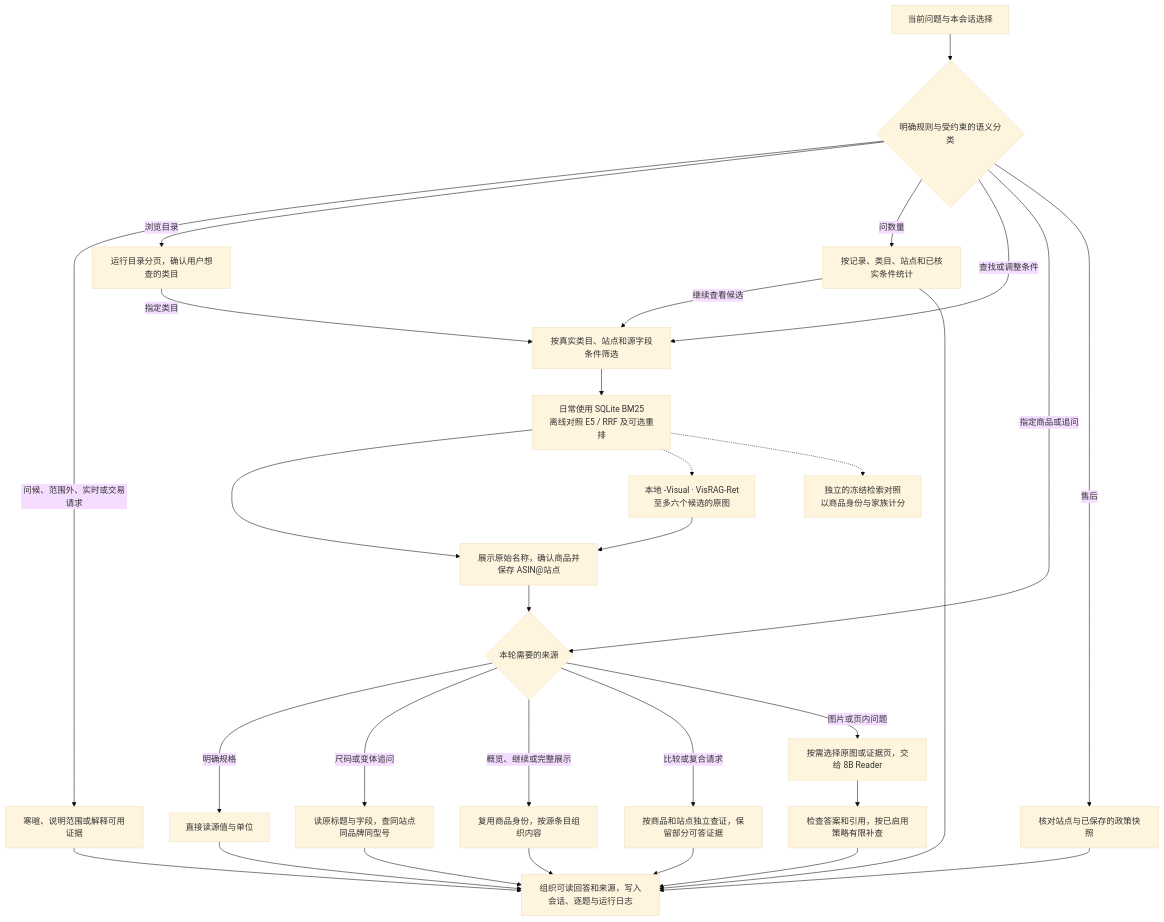
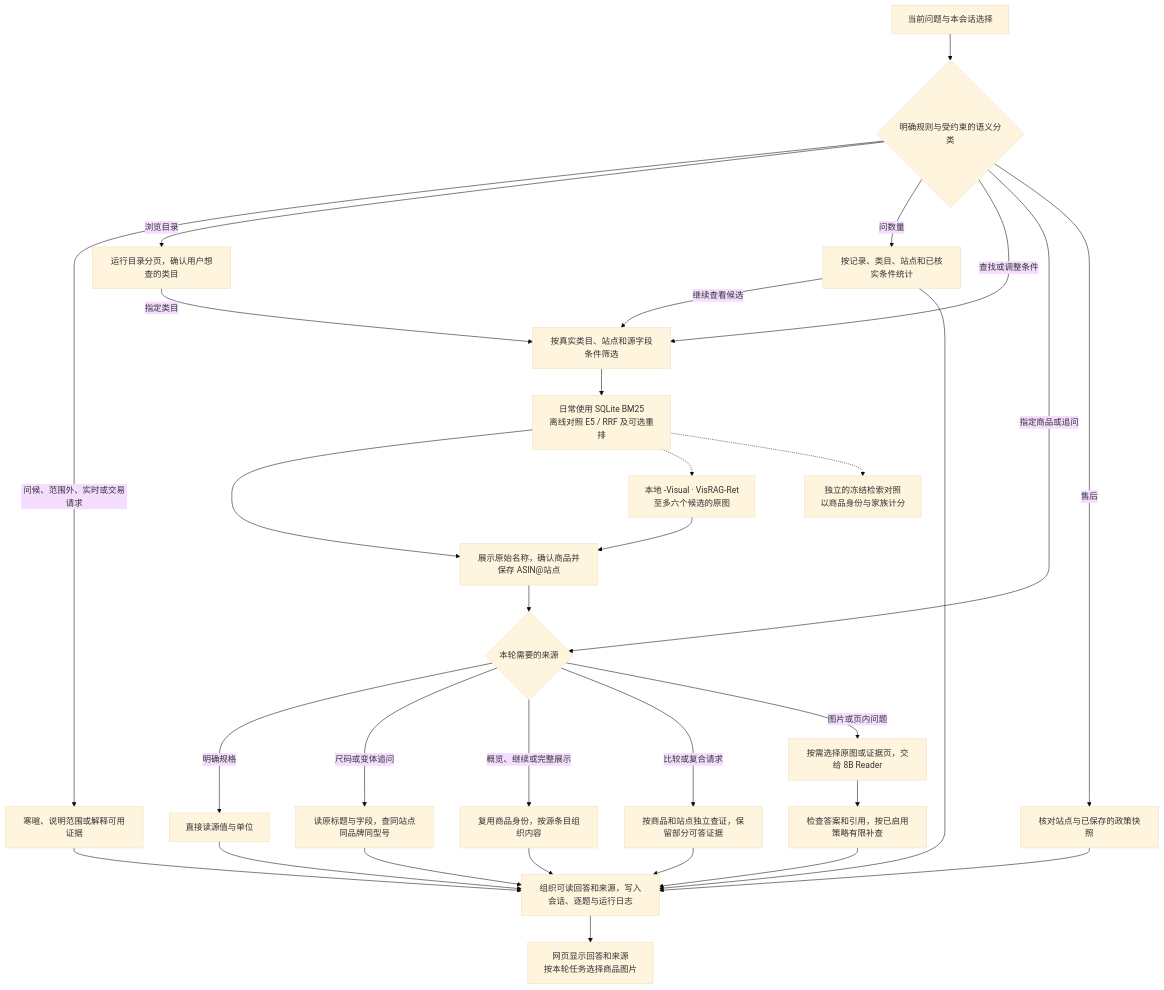
One commit to AaronYue77/ABO-Adaptive-RAG changed the second of 4 diagrams in docs/A-D阶段流程.md. Above: the diagram before and after it, drawn with Mermaid (base theme). The commit also changed other lines of this file and 22 other files, not shown here.

````diff
--- a/docs/A-D阶段流程.md
+++ b/docs/A-D阶段流程.md
@@ -35,31 +36,32 @@
 ```mermaid
 flowchart TD
     q["当前问题与本会话选择"] --> route{"明确规则与受约束的语义分类"}
     route -->|"问候、范围外、实时或交易请求"| plain["寒暄、说明范围或解释可用证据"]
     route -->|浏览目录| directory["运行目录分页，确认用户想查的类目"]
     route -->|问数量| tally["按记录、类目、站点和已核实条件统计"]
     tally -->|继续查看候选| search
     route -->|查找或调整条件| search["按真实类目、站点和源字段条件筛选"]
     directory -->|指定类目| search
     search --> rank["日常使用 SQLite BM25<br/>离线对照 E5 / RRF 及可选重排"]
     rank --> choose["展示原始名称，确认商品并保存 ASIN@站点"]
     rank -.-> visual["本地 -Visual · VisRAG-Ret<br/>至多六个候选的原图"] --> choose
     route -->|指定商品或追问| evidence{"本轮需要的来源"}
     choose --> evidence
     evidence -->|明确规格| fields["直接读源值与单位"]
     evidence -->|尺码或变体追问| variants["读原标题与字段，查同站点同品牌同型号"]
     evidence -->|概览、继续或完整展示| detail["复用商品身份，按源条目组织内容"]
     evidence -->|比较或复合请求| multi["按商品和站点独立查证，保留部分可答证据"]
     evidence -->|图片或页内问题| reader["按需选择原图或证据页，交给 8B Reader"]
     route -->|售后| policy["核对站点与已保存的政策快照"]
     reader --> guard["检查答案和引用，按已启用策略有限补查"]
     fields --> answer["组织可读回答和来源，写入会话、逐题与运行日志"]
     tally --> answer
     variants --> answer
     detail --> answer
     multi --> answer
     guard --> answer
     policy --> answer
     plain --> answer
+    answer --> browser["网页显示回答和来源<br/>按本轮任务选择商品图片"]
     rank -.-> offline["独立的冻结检索对照<br/>以商品身份与家族计分"]
 ```
````
